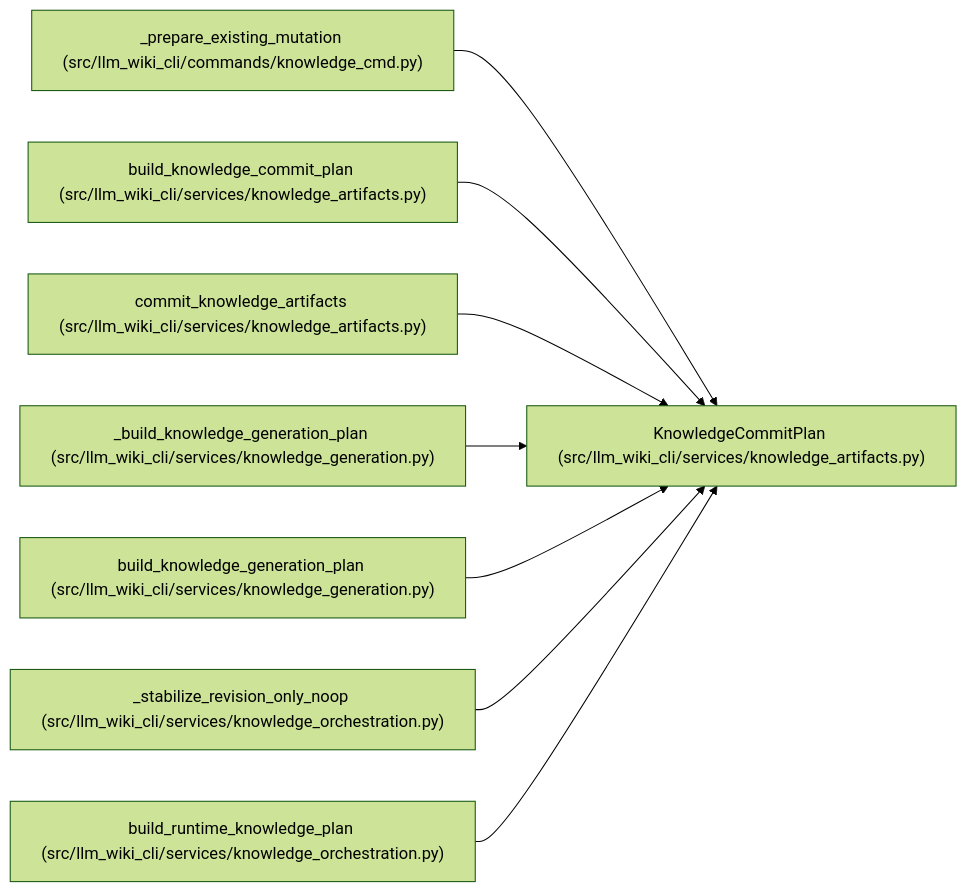
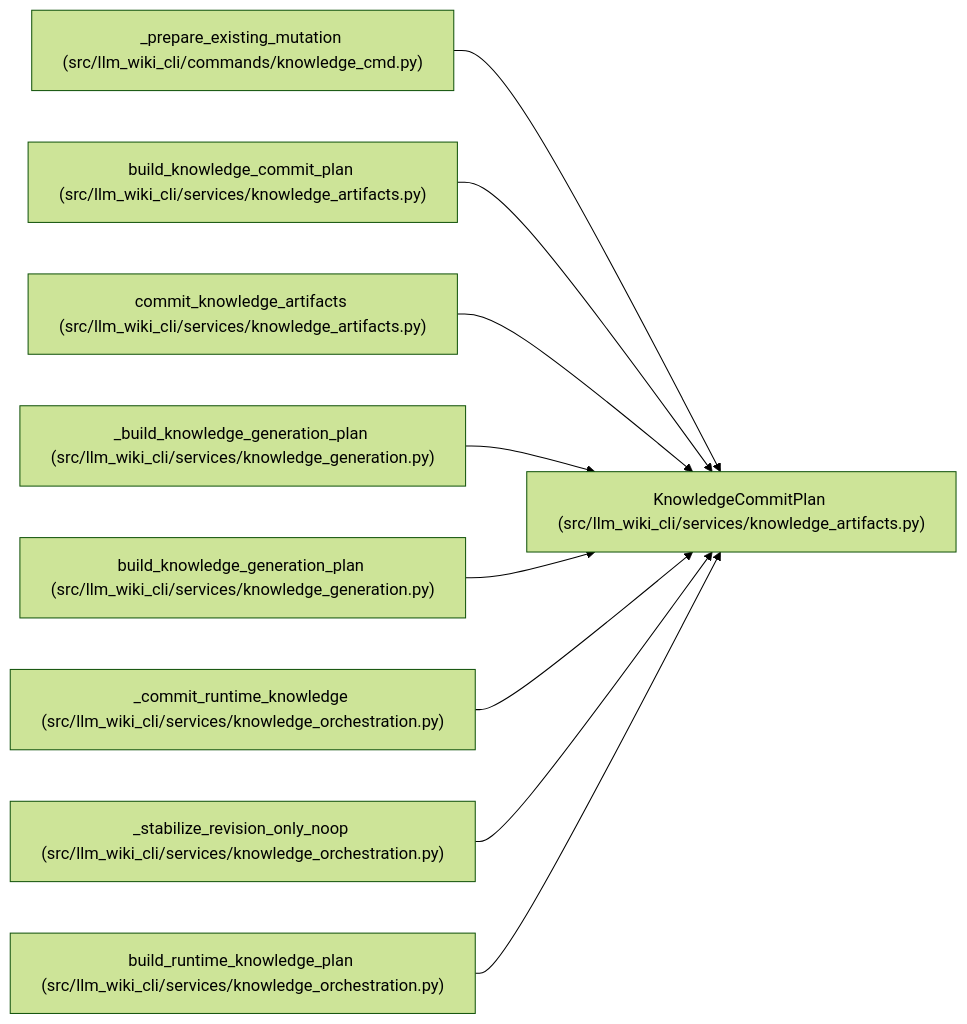
Before and after one commit to Denissvgn/python-wiki-llm: the diagram in docs/llm_wiki/entities/KnowledgeCommitPlan.md, drawn with Mermaid (forest theme). The commit also changed other lines of this file and 240 other files, not shown here.

Commit message:
docs: refresh wiki for validated runtime updates

````diff
--- a/docs/llm_wiki/entities/KnowledgeCommitPlan.md
+++ b/docs/llm_wiki/entities/KnowledgeCommitPlan.md
@@ -33,26 +33,29 @@
 ```mermaid
 flowchart LR
     n0["KnowledgeCommitPlan (src/llm_wiki_cli/services/knowledge_artifacts.py)"]
     n1["_prepare_existing_mutation (src/llm_wiki_cli/commands/knowledge_cmd.py)"]
     n2["build_knowledge_commit_plan (src/llm_wiki_cli/services/knowledge_artifacts.py)"]
     n3["commit_knowledge_artifacts (src/llm_wiki_cli/services/knowledge_artifacts.py)"]
     n4["_build_knowledge_generation_plan (src/llm_wiki_cli/services/knowledge_generation.py)"]
     n5["build_knowledge_generation_plan (src/llm_wiki_cli/services/knowledge_generation.py)"]
-    n6["_stabilize_revision_only_noop (src/llm_wiki_cli/services/knowledge_orchestration.py)"]
-    n7["build_runtime_knowledge_plan (src/llm_wiki_cli/services/knowledge_orchestration.py)"]
+    n6["_commit_runtime_knowledge (src/llm_wiki_cli/services/knowledge_orchestration.py)"]
+    n7["_stabilize_revision_only_noop (src/llm_wiki_cli/services/knowledge_orchestration.py)"]
+    n8["build_runtime_knowledge_plan (src/llm_wiki_cli/services/knowledge_orchestration.py)"]
     n1 --> n0
     n2 --> n0
     n3 --> n0
     n4 --> n0
     n5 --> n0
     n6 --> n0
     n7 --> n0
+    n8 --> n0
     click n0 "../modules/knowledge_artifacts.md"
     click n1 "../modules/knowledge_cmd.md"
     click n2 "../modules/knowledge_artifacts.md"
     click n3 "../modules/knowledge_artifacts.md"
     click n4 "../modules/knowledge_generation.md"
     click n5 "../modules/knowledge_generation.md"
     click n6 "../modules/knowledge_orchestration.md"
     click n7 "../modules/knowledge_orchestration.md"
+    click n8 "../modules/knowledge_orchestration.md"
 ```
````
